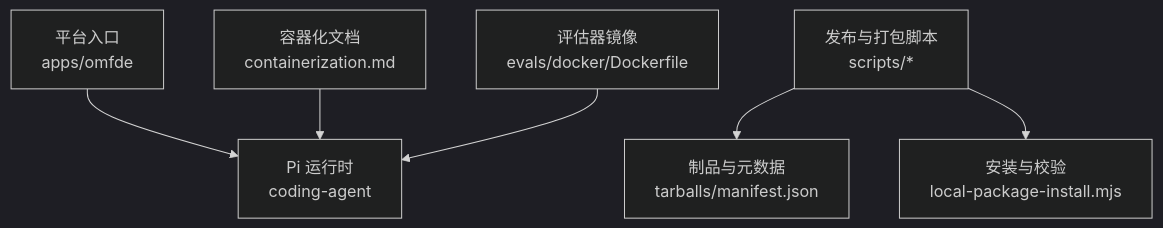
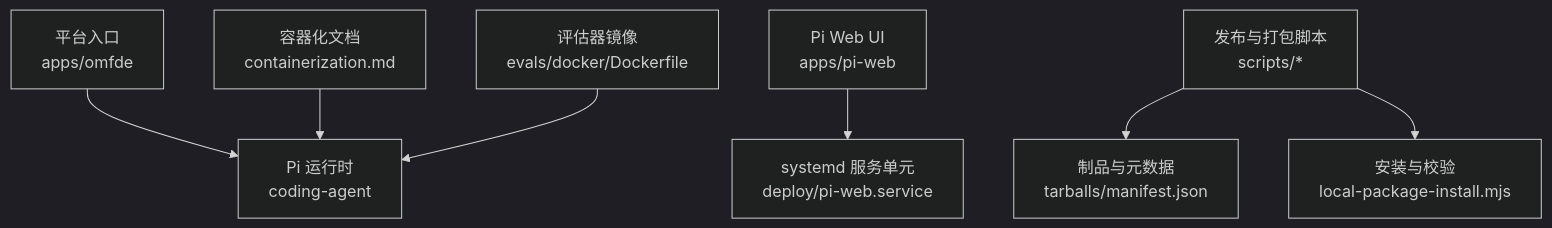
The first of 9 diagrams in .qoder/repowiki/zh/content/部署与运维/部署与运维.md (FDE-GROUP/oh-my-coding-agent), drawn with Mermaid (dark theme) before and after one commit. The commit also changed other lines of this file and 410 other files, not shown here.

````diff
--- a/.qoder/repowiki/zh/content/部署与运维/部署与运维.md
+++ b/.qoder/repowiki/zh/content/部署与运维/部署与运维.md
@@ -37,8 +49,9 @@
 ```mermaid
 graph TB
 A["平台入口<br/>apps/omfde"] --> B["Pi 运行时<br/>coding-agent"]
-C["容器化文档<br/>containerization.md"] --> B
-D["评估器镜像<br/>evals/docker/Dockerfile"] --> B
-E["发布与打包脚本<br/>scripts/*"] --> F["制品与元数据<br/>tarballs/manifest.json"]
-E --> G["安装与校验<br/>local-package-install.mjs"]
+C["Pi Web UI<br/>apps/pi-web"] --> D["systemd 服务单元<br/>deploy/pi-web.service"]
+E["容器化文档<br/>containerization.md"] --> B
+F["评估器镜像<br/>evals/docker/Dockerfile"] --> B
+G["发布与打包脚本<br/>scripts/*"] --> H["制品与元数据<br/>tarballs/manifest.json"]
+G --> I["安装与校验<br/>local-package-install.mjs"]
 ```
````
